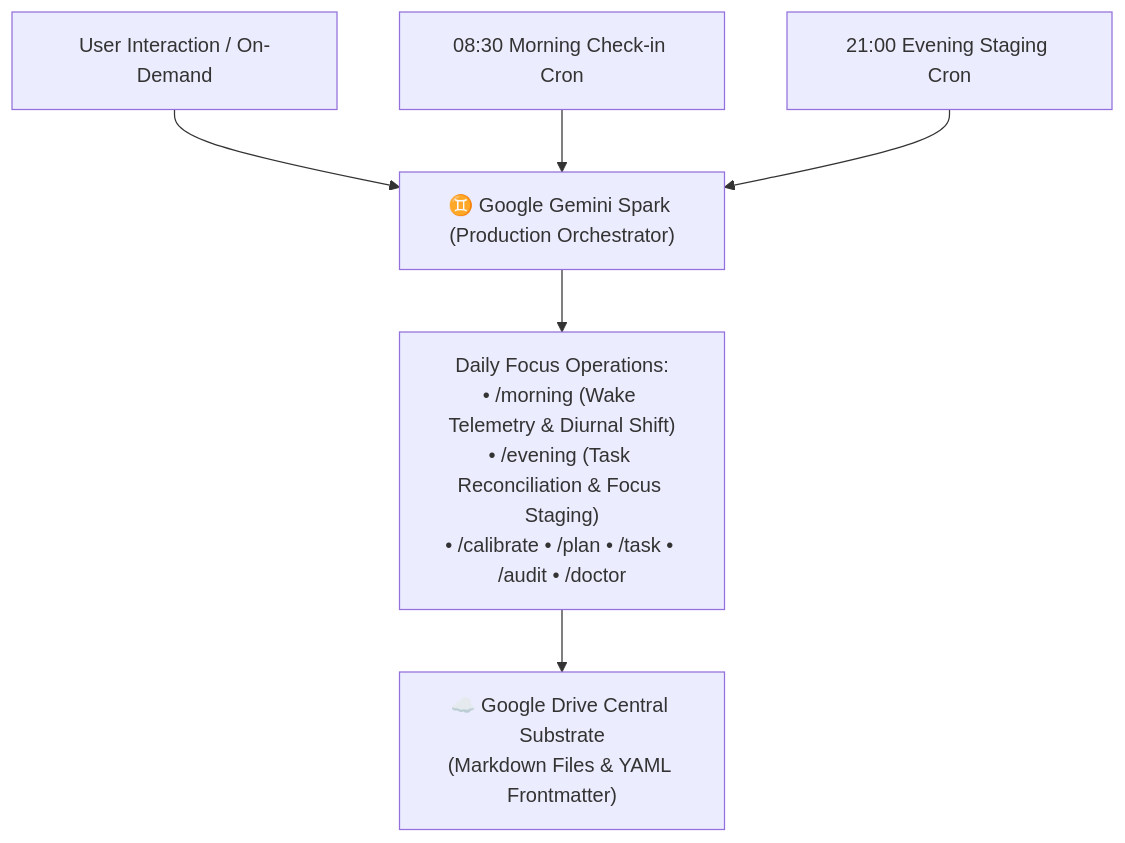
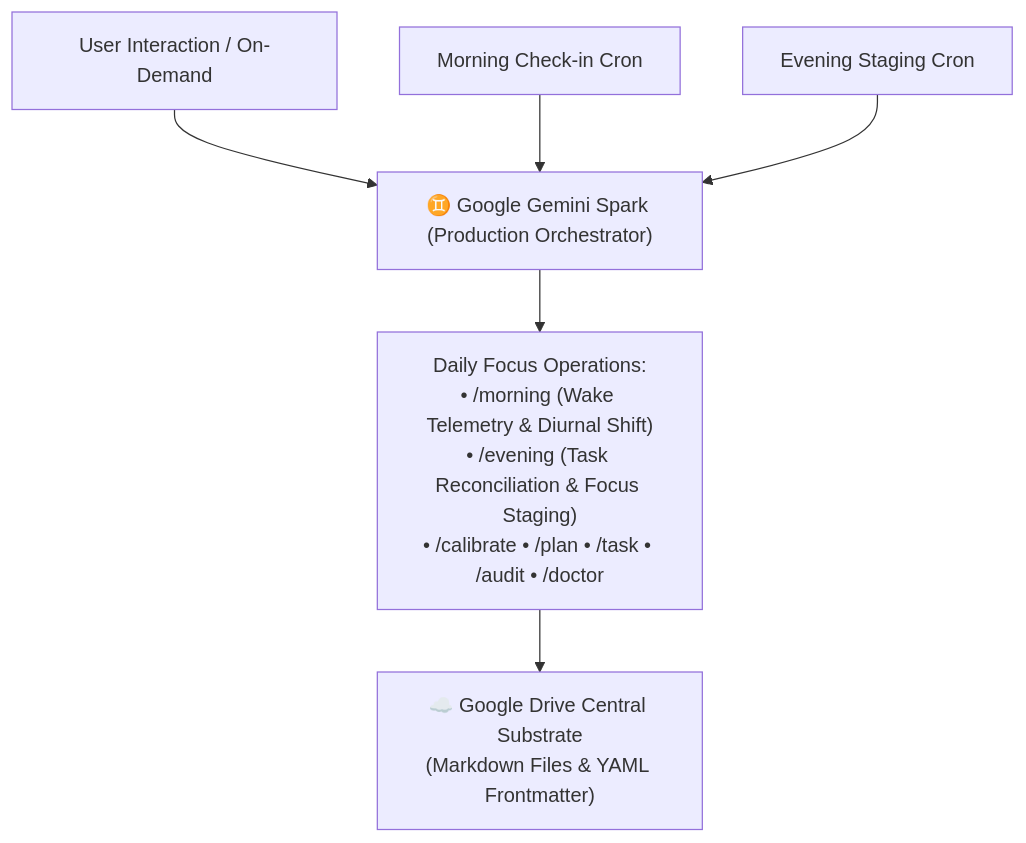
One commit to tama-gucci/chrysalis changed the first of 2 diagrams in System/Orchestrators/Gemini/Adapter-Spec.md. Above: the diagram before and after it, drawn with Mermaid. The commit also changed other lines of this file and 6 other files, not shown here.

````diff
--- a/System/Orchestrators/Gemini/Adapter-Spec.md
+++ b/System/Orchestrators/Gemini/Adapter-Spec.md
@@ -21,10 +21,10 @@
 ```mermaid
 graph TD
     User["User Interaction / On-Demand"] --> Spark["♊ Google Gemini Spark (Production Orchestrator)"]
-    CronMorn["08:30 Morning Check-in Cron"] --> Spark
-    CronEve["21:00 Evening Staging Cron"] --> Spark
+    CronMorn["Morning Check-in Cron"] --> Spark
+    CronEve["Evening Staging Cron"] --> Spark
     
     Spark --> DailyOps["Daily Focus Operations:<br/>• /morning (Wake Telemetry & Diurnal Shift)<br/>• /evening (Task Reconciliation & Focus Staging)<br/>• /calibrate • /plan • /task • /audit • /doctor"]
     
     DailyOps --> Substrate["☁️ Google Drive Central Substrate<br/>(Markdown Files & YAML Frontmatter)"]
 ```
````
